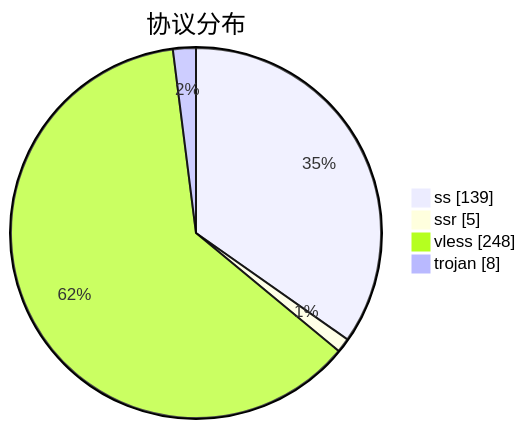
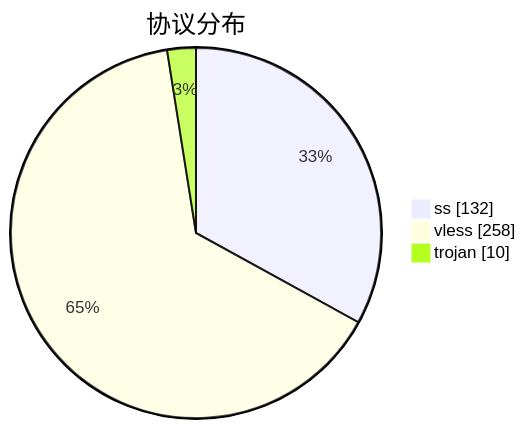
One commit to qjlxg/airport changed the third of 3 diagrams in subs/statistics/tested_within.md. Above: the diagram before and after it, drawn with Mermaid. The commit also changed other lines of this file and 2 other files, not shown here.

````diff
--- a/subs/statistics/tested_within.md
+++ b/subs/statistics/tested_within.md
@@ -35,8 +36,7 @@
 ```mermaid
 pie showData
 title 协议分布
-"ss" : 139
-"ssr" : 5
-"vless" : 248
-"trojan" : 8
+"ss" : 132
+"vless" : 258
+"trojan" : 10
 ```
````
